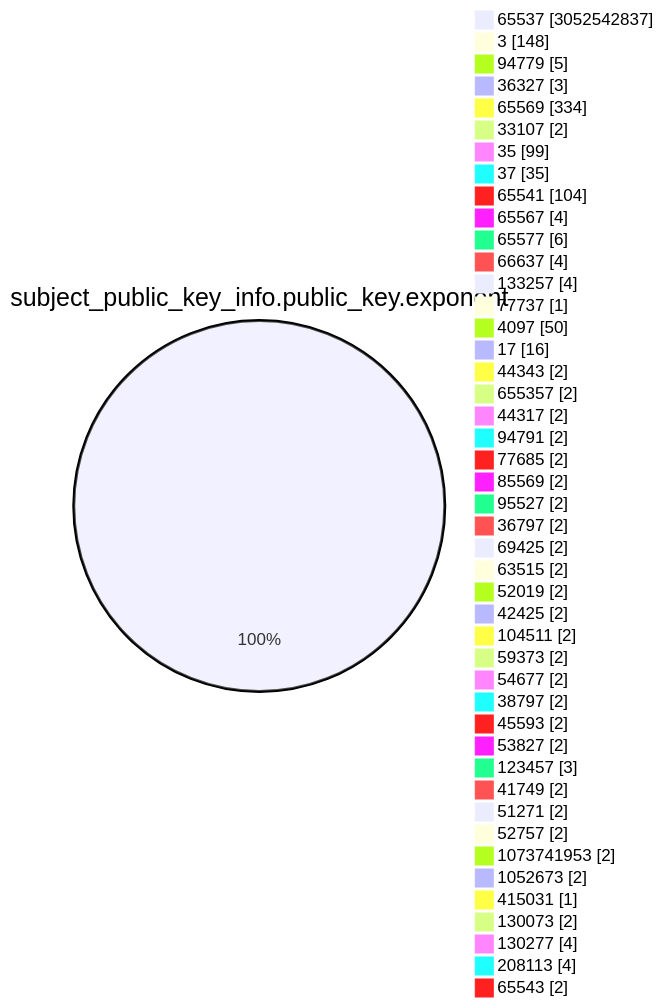
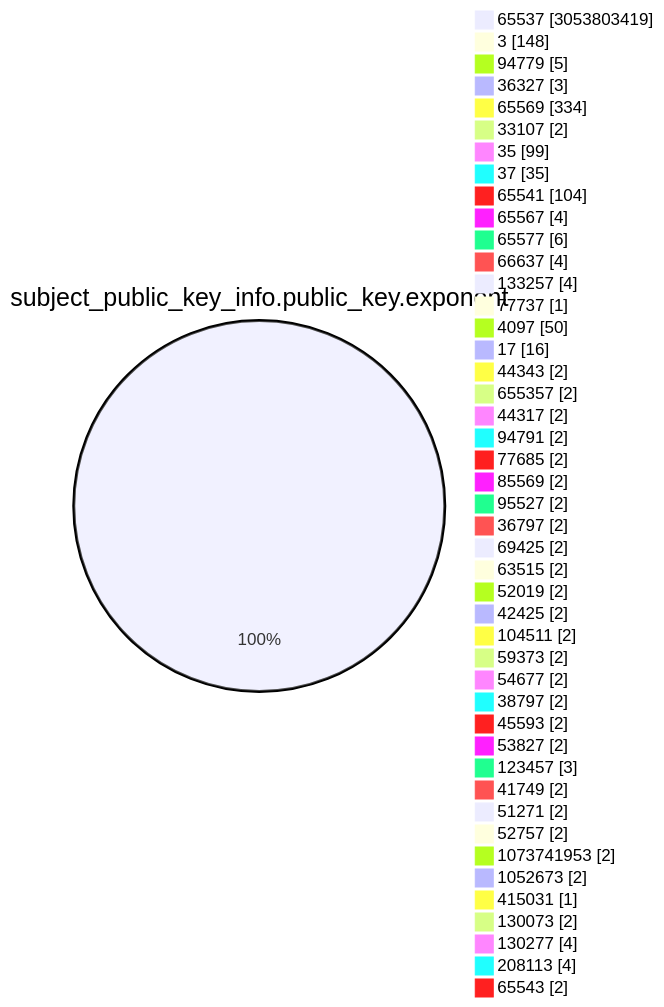
The fourth of 15 diagrams in TOTAL/README.md (christiankrug/ctmonitor_visualization), drawn with Mermaid before and after one commit. The commit also changed other lines of this file, not shown here.

````diff
--- a/TOTAL/README.md
+++ b/TOTAL/README.md
@@ -1473,49 +1473,49 @@
 ```mermaid
 pie showData
 title subject_public_key_info.public_key.exponent
-"65537" :3052542837
+"65537" :3053803419
 "3" :148
 "94779" :5
 "36327" :3
 "65569" :334
 "33107" :2
 "35" :99
 "37" :35
 "65541" :104
 "65567" :4
 "65577" :6
 "66637" :4
 "133257" :4
 "77737" :1
 "4097" :50
 "17" :16
 "44343" :2
 "655357" :2
 "44317" :2
 "94791" :2
 "77685" :2
 "85569" :2
 "95527" :2
 "36797" :2
 "69425" :2
 "63515" :2
 "52019" :2
 "42425" :2
 "104511" :2
 "59373" :2
 "54677" :2
 "38797" :2
 "45593" :2
 "53827" :2
 "123457" :3
 "41749" :2
 "51271" :2
 "52757" :2
 "1073741953" :2
 "1052673" :2
 "415031" :1
 "130073" :2
 "130277" :4
 "208113" :4
 "65543" :2
 ```
````
